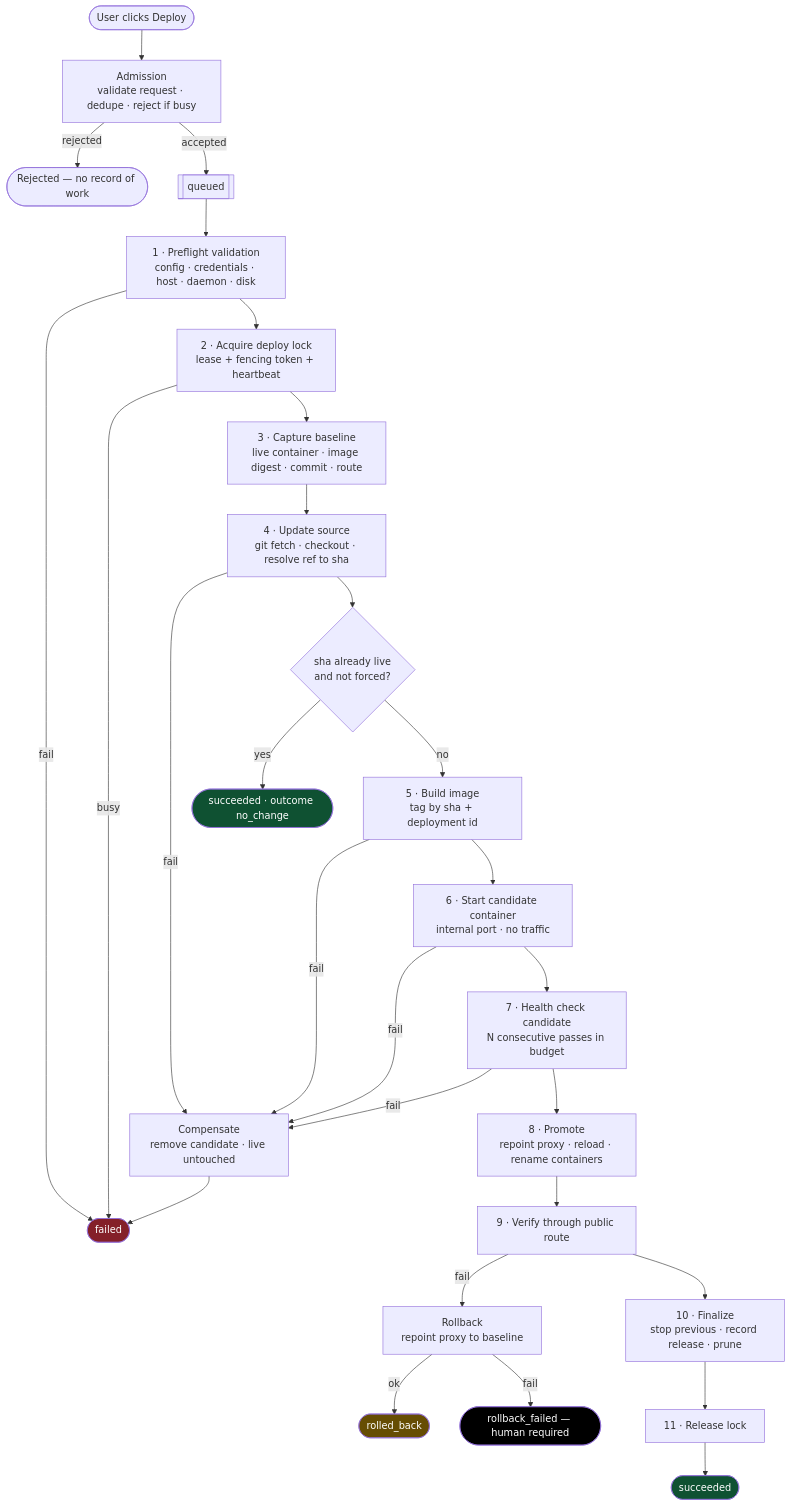
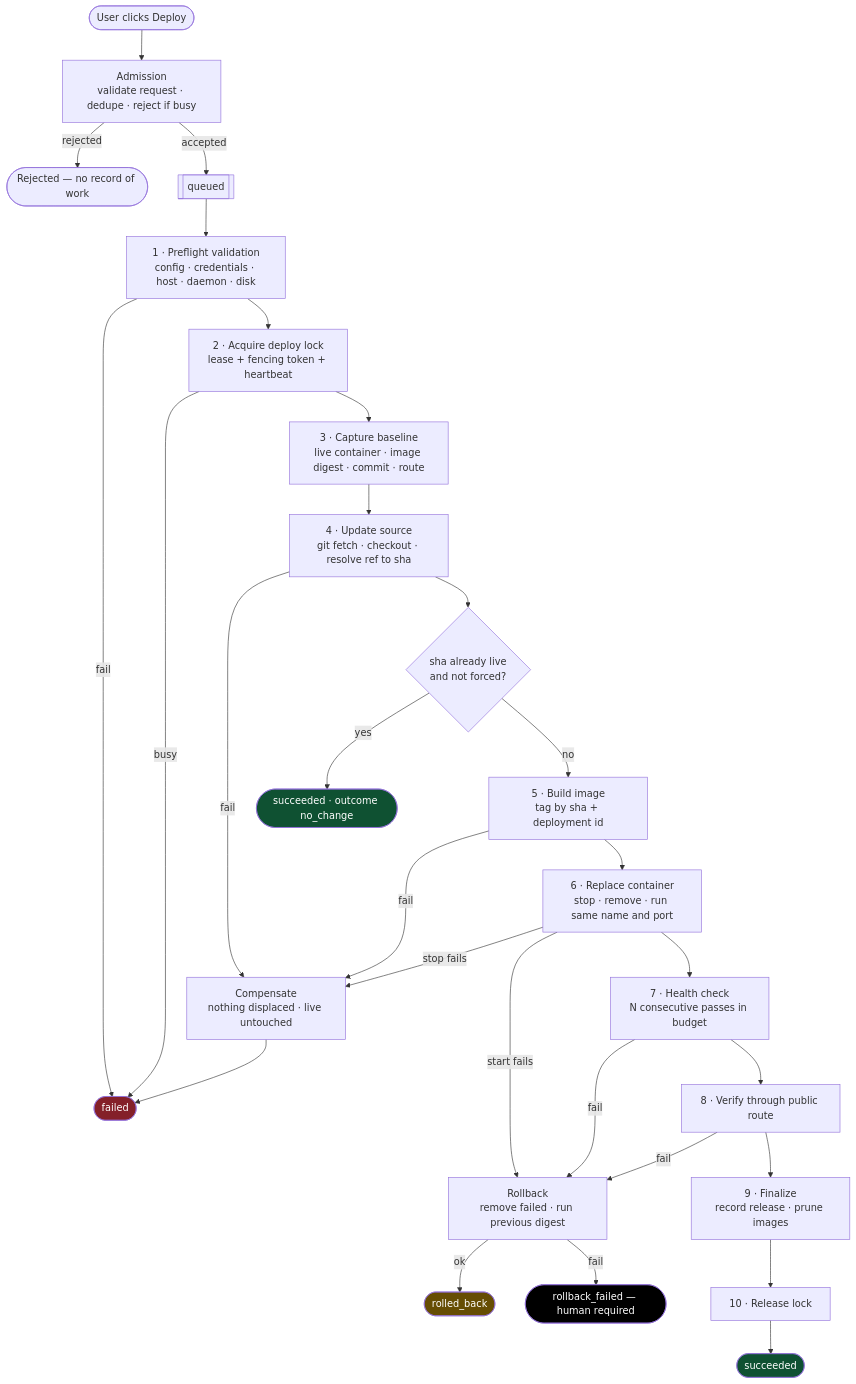
One commit to basant-amin/DeployHub changed the diagram in docs/architecture/deployment-flow.md. Above: the diagram before and after it, drawn with Mermaid. The commit also changed other lines of this file and 10 other files, not shown here.

````diff
--- a/docs/architecture/deployment-flow.md
+++ b/docs/architecture/deployment-flow.md
@@ -18,39 +18,40 @@
 ```mermaid
 flowchart TD
     Click([User clicks Deploy]) --> Admit[Admission<br/>validate request · dedupe · reject if busy]
     Admit -->|rejected| Reject([Rejected — no record of work])
     Admit -->|accepted| Queued[[queued]]
 
     Queued --> Preflight[1 · Preflight validation<br/>config · credentials · host · daemon · disk]
     Preflight -->|fail| Fail
     Preflight --> Lock[2 · Acquire deploy lock<br/>lease + fencing token + heartbeat]
     Lock -->|busy| Fail
     Lock --> Baseline[3 · Capture baseline<br/>live container · image digest · commit · route]
     Baseline --> Fetch[4 · Update source<br/>git fetch · checkout · resolve ref to sha]
     Fetch -->|fail| Undo
     Fetch --> NoOp{sha already live<br/>and not forced?}
     NoOp -->|yes| Skip([succeeded · outcome no_change])
     NoOp -->|no| Build[5 · Build image<br/>tag by sha + deployment id]
     Build -->|fail| Undo
-    Build --> Start[6 · Start candidate container<br/>internal port · no traffic]
-    Start -->|fail| Undo
-    Start --> Health[7 · Health check candidate<br/>N consecutive passes in budget]
-    Health -->|fail| Undo
-    Health --> Promote[8 · Promote<br/>repoint proxy · reload · rename containers]
-    Promote --> Verify[9 · Verify through public route]
-    Verify -->|fail| Rollback[Rollback<br/>repoint proxy to baseline]
-    Verify --> Finalize[10 · Finalize<br/>stop previous · record release · prune]
-    Finalize --> Release[11 · Release lock]
+    Build --> Replace[6 · Replace container<br/>stop · remove · run same name and port]
+    Replace -->|stop fails| Undo
+    Replace -->|start fails| Rollback
+    Replace --> Health[7 · Health check<br/>N consecutive passes in budget]
+    Health -->|fail| Rollback
+    Health --> Verify[8 · Verify through public route]
+    Verify -->|fail| Rollback
+    Verify --> Finalize[9 · Finalize<br/>record release · prune images]
+    Finalize --> Release[10 · Release lock]
     Release --> Done([succeeded])
 
-    Undo[Compensate<br/>remove candidate · live untouched] --> Fail
+    Undo[Compensate<br/>nothing displaced · live untouched] --> Fail
+    Rollback[Rollback<br/>remove failed · run previous digest]
     Rollback -->|ok| RolledBack([rolled_back])
     Rollback -->|fail| Stuck([rollback_failed — human required])
     Fail([failed])
 
     style Done fill:#0f5132,color:#fff
     style Skip fill:#0f5132,color:#fff
     style Fail fill:#842029,color:#fff
     style RolledBack fill:#664d03,color:#fff
     style Stuck fill:#000,color:#fff
 ```
````
